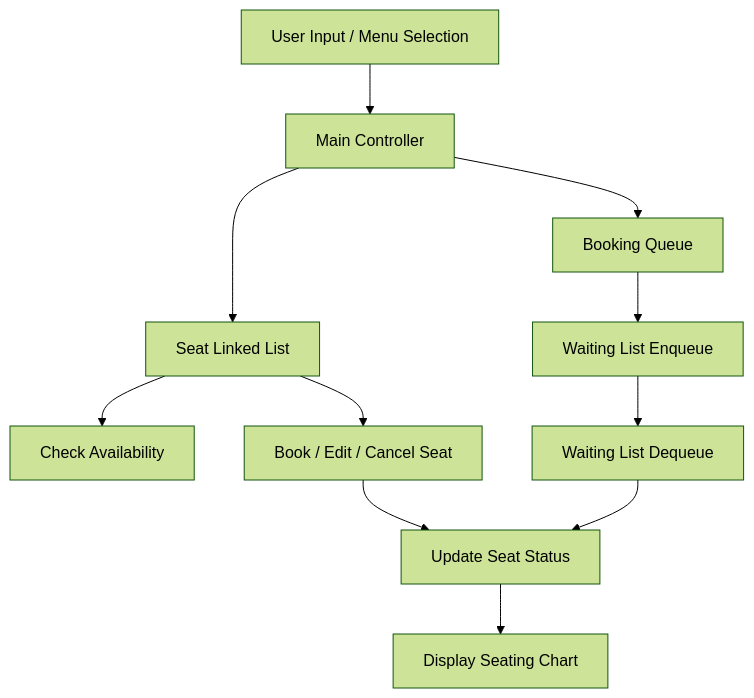
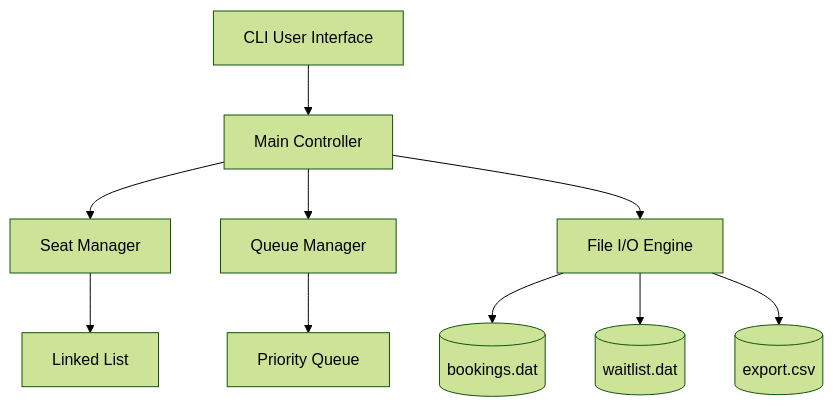
Before and after one commit to TheOrionGD/QueueFlow-Manager: the first of 60 diagrams in README.md, drawn with Mermaid (forest theme). The commit also changed other lines of this file and 13 other files, not shown here.

Commit message:
QueueFlow Manager

````diff
--- a/README.md
+++ b/README.md
@@ -61,17 +88,14 @@
 ```mermaid
 graph TD
-    A[User Input / Menu Selection] --> B[Main Controller]
-    B --> C[Seat Linked List]
-    B --> D[Booking Queue]
-
-    C --> E[Check Availability]
-    C --> F[Book / Edit / Cancel Seat]
-
-    D --> G[Waiting List Enqueue]
-    G --> H[Waiting List Dequeue]
-
-    F --> I[Update Seat Status]
-    H --> I
-
-    I --> J[Display Seating Chart]
+    UI[CLI User Interface] --> Controller[Main Controller]
+    Controller --> SeatMgr[Seat Manager]
+    Controller --> QueueMgr[Queue Manager]
+    Controller --> FileIO[File I/O Engine]
+    
+    SeatMgr --> Linked[Linked List]
+    QueueMgr --> PQueue[Priority Queue]
+    
+    FileIO --> DB1[(bookings.dat)]
+    FileIO --> DB2[(waitlist.dat)]
+    FileIO --> CSV[(export.csv)]
 ```
````
